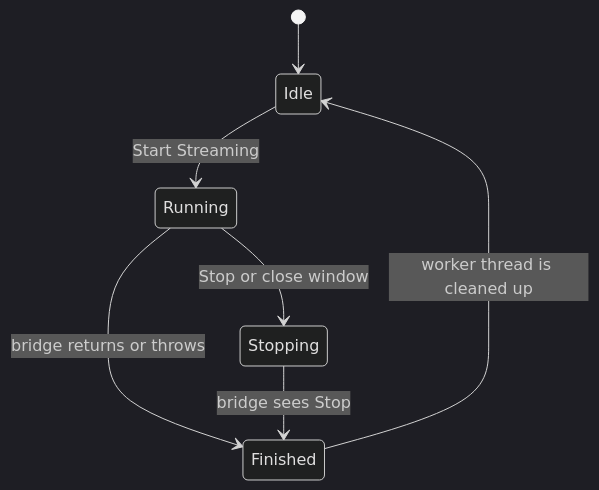
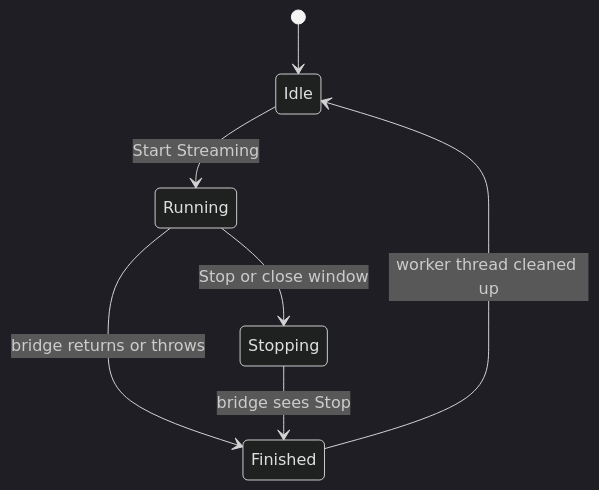
One commit to attackofthetitan/vicon-lsl-sync changed the second of 15 diagrams in docs/runtime-state-machines.md. Above: the diagram before and after it, drawn with Mermaid (dark theme). The commit also changed other lines of this file and 59 other files, not shown here.

````diff
--- a/docs/runtime-state-machines.md
+++ b/docs/runtime-state-machines.md
@@ -126,9 +126,9 @@
 ```mermaid
 stateDiagram-v2
     [*] --> Idle
     Idle --> Running: Start Streaming
     Running --> Stopping: Stop or close window
     Running --> Finished: bridge returns or throws
     Stopping --> Finished: bridge sees Stop
-    Finished --> Idle: worker thread is cleaned up
+    Finished --> Idle: worker thread cleaned up
 ```
````
